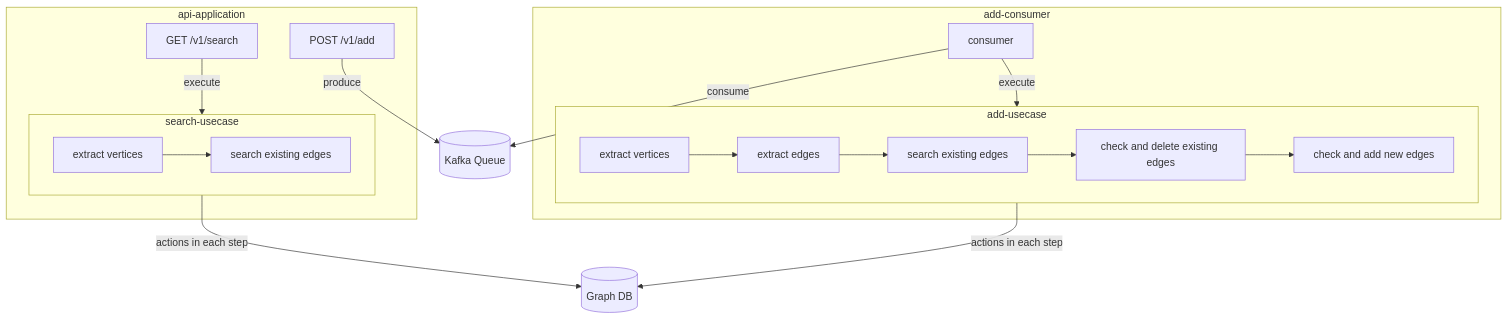
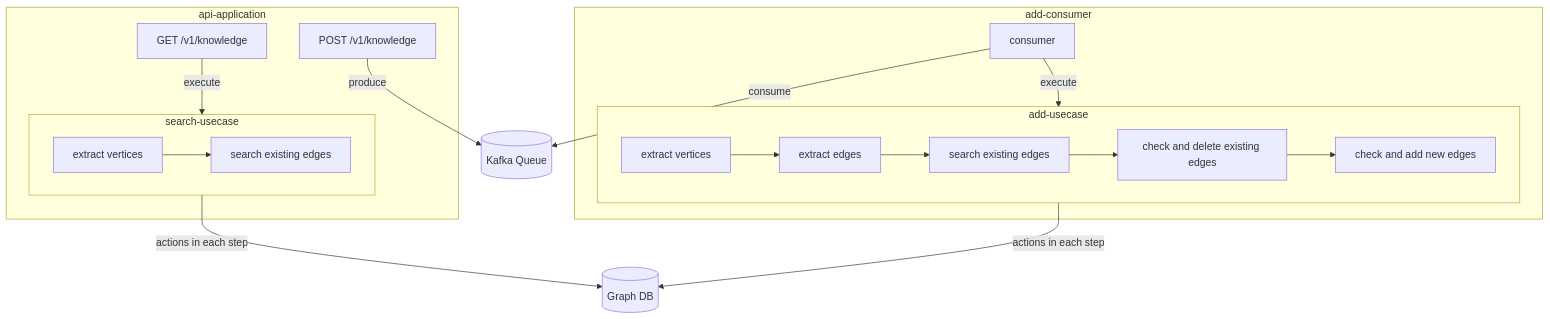
Before and after one commit to rst0070/knowledge-base: the diagram in README.md, drawn with Mermaid.

````diff
--- a/README.md
+++ b/README.md
@@ -19,44 +19,44 @@
 ```mermaid
 flowchart TD
   kafka[(Kafka Queue)]
   neo4j[(Graph DB)]
 
   subgraph api-application
-    add_api[POST /v1/add]
-    search_api[GET /v1/search]
+    add_api[POST /v1/knowledge]
+    search_api[GET /v1/knowledge]
 
     subgraph search-usecase
       ss1[extract vertices]
       ss2[search existing edges]
 
       ss1 --> ss2
     end
 
     search_api -->|execute| search-usecase
   end
 
   add_api --> |produce|kafka
   search-usecase --> |actions in each step|neo4j
 
   subgraph add-consumer
     consumer[consumer]
 
     subgraph add-usecase
       as1[extract vertices]
       as2[extract edges]
       as3[search existing edges]
       as4[check and delete existing edges]
       as5[check and add new edges]
 
       as1 --> as2
       as2 --> as3
       as3 --> as4
       as4 --> as5
     end
 
     consumer --> |execute|add-usecase
   end
 
   consumer --> |consume|kafka
   add-usecase --> |actions in each step|neo4j
 ```
````
